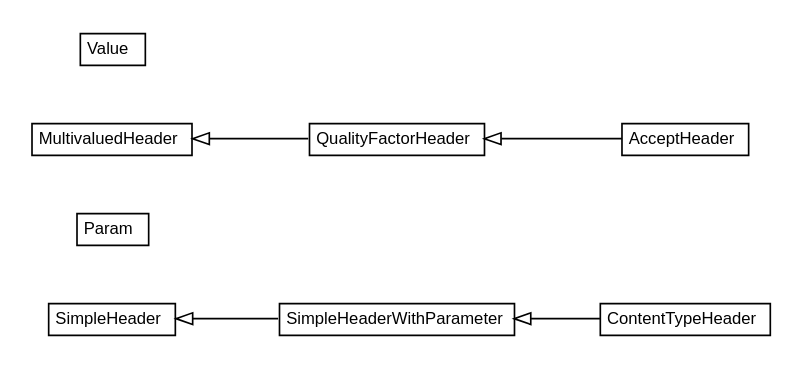
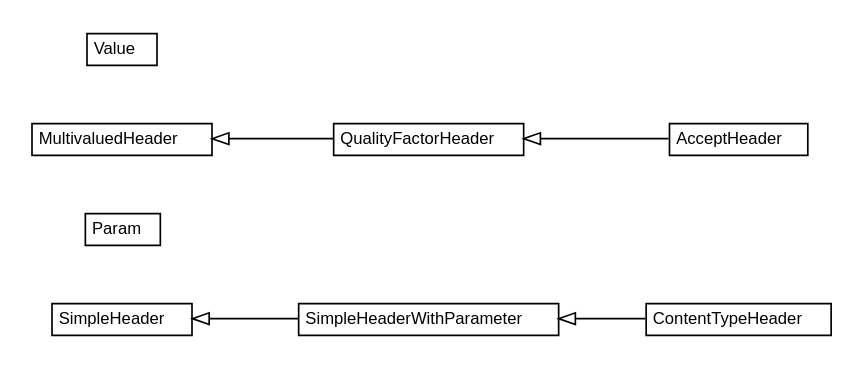
The diagram in javadoc/apidocs/org/turbogwt/net/http/client/header/org.turbogwt.net.http.client.header.dot (growbit/turbogwt-http), drawn with Graphviz before and after one commit. The commit also changed 463 other files, not shown here.

```diff
--- a/javadoc/apidocs/org/turbogwt/net/http/client/header/org.turbogwt.net.http.client.header.dot
+++ b/javadoc/apidocs/org/turbogwt/net/http/client/header/org.turbogwt.net.http.client.header.dot
@@ -1,69 +1,69 @@
 #!/usr/local/bin/dot
 #
 # Class diagram 
 # Generated by UMLGraph version R5_6-24-gf6e263 (http://www.umlgraph.org/)
 #
 
 digraph G {
-	edge [fontname="arial",fontsize=10,labelfontname="arial",labelfontsize=10];
-	node [fontname="arial",fontsize=10,shape=plaintext];
+	edge [fontname="Helvetica",fontsize=10,labelfontname="Helvetica",labelfontsize=10];
+	node [fontname="Helvetica",fontsize=10,shape=plaintext];
 	nodesep=0.25;
 	ranksep=0.5;
 	rankdir=LR;
 	// org.turbogwt.net.http.client.header.SimpleHeaderWithParameter
-	c239 [label=<<table title="org.turbogwt.net.http.client.header.SimpleHeaderWithParameter" border="0" cellborder="1" cellspacing="0" cellpadding="2" port="p" href="./SimpleHeaderWithParameter.html">
+	c166 [label=<<table title="org.turbogwt.net.http.client.header.SimpleHeaderWithParameter" border="0" cellborder="1" cellspacing="0" cellpadding="2" port="p" href="./SimpleHeaderWithParameter.html">
 		<tr><td><table border="0" cellspacing="0" cellpadding="1">
 <tr><td align="center" balign="center"> SimpleHeaderWithParameter </td></tr>
 		</table></td></tr>
-		</table>>, URL="./SimpleHeaderWithParameter.html", fontname="arial", fontcolor="black", fontsize=10.0];
+		</table>>, URL="./SimpleHeaderWithParameter.html", fontname="Helvetica", fontcolor="black", fontsize=10.0];
 	// org.turbogwt.net.http.client.header.SimpleHeaderWithParameter.Param
-	c240 [label=<<table title="org.turbogwt.net.http.client.header.SimpleHeaderWithParameter.Param" border="0" cellborder="1" cellspacing="0" cellpadding="2" port="p" href="./SimpleHeaderWithParameter.Param.html">
+	c167 [label=<<table title="org.turbogwt.net.http.client.header.SimpleHeaderWithParameter.Param" border="0" cellborder="1" cellspacing="0" cellpadding="2" port="p" href="./SimpleHeaderWithParameter.Param.html">
 		<tr><td><table border="0" cellspacing="0" cellpadding="1">
 <tr><td align="center" balign="center"> Param </td></tr>
 		</table></td></tr>
-		</table>>, URL="./SimpleHeaderWithParameter.Param.html", fontname="arial", fontcolor="black", fontsize=10.0];
+		</table>>, URL="./SimpleHeaderWithParameter.Param.html", fontname="Helvetica", fontcolor="black", fontsize=10.0];
 	// org.turbogwt.net.http.client.header.SimpleHeader
-	c241 [label=<<table title="org.turbogwt.net.http.client.header.SimpleHeader" border="0" cellborder="1" cellspacing="0" cellpadding="2" port="p" href="./SimpleHeader.html">
+	c168 [label=<<table title="org.turbogwt.net.http.client.header.SimpleHeader" border="0" cellborder="1" cellspacing="0" cellpadding="2" port="p" href="./SimpleHeader.html">
 		<tr><td><table border="0" cellspacing="0" cellpadding="1">
 <tr><td align="center" balign="center"> SimpleHeader </td></tr>
 		</table></td></tr>
-		</table>>, URL="./SimpleHeader.html", fontname="arial", fontcolor="black", fontsize=10.0];
+		</table>>, URL="./SimpleHeader.html", fontname="Helvetica", fontcolor="black", fontsize=10.0];
+	// org.turbogwt.net.http.client.header.MultivaluedHeader
+	c169 [label=<<table title="org.turbogwt.net.http.client.header.MultivaluedHeader" border="0" cellborder="1" cellspacing="0" cellpadding="2" port="p" href="./MultivaluedHeader.html">
+		<tr><td><table border="0" cellspacing="0" cellpadding="1">
+<tr><td align="center" balign="center"> MultivaluedHeader </td></tr>
+		</table></td></tr>
+		</table>>, URL="./MultivaluedHeader.html", fontname="Helvetica", fontcolor="black", fontsize=10.0];
+	// org.turbogwt.net.http.client.header.AcceptHeader
+	c170 [label=<<table title="org.turbogwt.net.http.client.header.AcceptHeader" border="0" cellborder="1" cellspacing="0" cellpadding="2" port="p" href="./AcceptHeader.html">
+		<tr><td><table border="0" cellspacing="0" cellpadding="1">
+<tr><td align="center" balign="center"> AcceptHeader </td></tr>
+		</table></td></tr>
+		</table>>, URL="./AcceptHeader.html", fontname="Helvetica", fontcolor="black", fontsize=10.0];
+	// org.turbogwt.net.http.client.header.ContentTypeHeader
+	c171 [label=<<table title="org.turbogwt.net.http.client.header.ContentTypeHeader" border="0" cellborder="1" cellspacing="0" cellpadding="2" port="p" href="./ContentTypeHeader.html">
+		<tr><td><table border="0" cellspacing="0" cellpadding="1">
+<tr><td align="center" balign="center"> ContentTypeHeader </td></tr>
+		</table></td></tr>
+		</table>>, URL="./ContentTypeHeader.html", fontname="Helvetica", fontcolor="black", fontsize=10.0];
 	// org.turbogwt.net.http.client.header.QualityFactorHeader
-	c242 [label=<<table title="org.turbogwt.net.http.client.header.QualityFactorHeader" border="0" cellborder="1" cellspacing="0" cellpadding="2" port="p" href="./QualityFactorHeader.html">
+	c172 [label=<<table title="org.turbogwt.net.http.client.header.QualityFactorHeader" border="0" cellborder="1" cellspacing="0" cellpadding="2" port="p" href="./QualityFactorHeader.html">
 		<tr><td><table border="0" cellspacing="0" cellpadding="1">
 <tr><td align="center" balign="center"> QualityFactorHeader </td></tr>
 		</table></td></tr>
-		</table>>, URL="./QualityFactorHeader.html", fontname="arial", fontcolor="black", fontsize=10.0];
+		</table>>, URL="./QualityFactorHeader.html", fontname="Helvetica", fontcolor="black", fontsize=10.0];
 	// org.turbogwt.net.http.client.header.QualityFactorHeader.Value
-	c243 [label=<<table title="org.turbogwt.net.http.client.header.QualityFactorHeader.Value" border="0" cellborder="1" cellspacing="0" cellpadding="2" port="p" href="./QualityFactorHeader.Value.html">
+	c173 [label=<<table title="org.turbogwt.net.http.client.header.QualityFactorHeader.Value" border="0" cellborder="1" cellspacing="0" cellpadding="2" port="p" href="./QualityFactorHeader.Value.html">
 		<tr><td><table border="0" cellspacing="0" cellpadding="1">
 <tr><td align="center" balign="center"> Value </td></tr>
 		</table></td></tr>
-		</table>>, URL="./QualityFactorHeader.Value.html", fontname="arial", fontcolor="black", fontsize=10.0];
-	// org.turbogwt.net.http.client.header.MultivaluedHeader
-	c244 [label=<<table title="org.turbogwt.net.http.client.header.MultivaluedHeader" border="0" cellborder="1" cellspacing="0" cellpadding="2" port="p" href="./MultivaluedHeader.html">
-		<tr><td><table border="0" cellspacing="0" cellpadding="1">
-<tr><td align="center" balign="center"> MultivaluedHeader </td></tr>
-		</table></td></tr>
-		</table>>, URL="./MultivaluedHeader.html", fontname="arial", fontcolor="black", fontsize=10.0];
-	// org.turbogwt.net.http.client.header.ContentTypeHeader
-	c245 [label=<<table title="org.turbogwt.net.http.client.header.ContentTypeHeader" border="0" cellborder="1" cellspacing="0" cellpadding="2" port="p" href="./ContentTypeHeader.html">
-		<tr><td><table border="0" cellspacing="0" cellpadding="1">
-<tr><td align="center" balign="center"> ContentTypeHeader </td></tr>
-		</table></td></tr>
-		</table>>, URL="./ContentTypeHeader.html", fontname="arial", fontcolor="black", fontsize=10.0];
-	// org.turbogwt.net.http.client.header.AcceptHeader
-	c246 [label=<<table title="org.turbogwt.net.http.client.header.AcceptHeader" border="0" cellborder="1" cellspacing="0" cellpadding="2" port="p" href="./AcceptHeader.html">
-		<tr><td><table border="0" cellspacing="0" cellpadding="1">
-<tr><td align="center" balign="center"> AcceptHeader </td></tr>
-		</table></td></tr>
-		</table>>, URL="./AcceptHeader.html", fontname="arial", fontcolor="black", fontsize=10.0];
+		</table>>, URL="./QualityFactorHeader.Value.html", fontname="Helvetica", fontcolor="black", fontsize=10.0];
 	//org.turbogwt.net.http.client.header.SimpleHeaderWithParameter extends org.turbogwt.net.http.client.header.SimpleHeader
-	c241:p -> c239:p [dir=back,arrowtail=empty];
+	c168:p -> c166:p [dir=back,arrowtail=empty];
+	//org.turbogwt.net.http.client.header.AcceptHeader extends org.turbogwt.net.http.client.header.QualityFactorHeader
+	c172:p -> c170:p [dir=back,arrowtail=empty];
+	//org.turbogwt.net.http.client.header.ContentTypeHeader extends org.turbogwt.net.http.client.header.SimpleHeaderWithParameter
+	c166:p -> c171:p [dir=back,arrowtail=empty];
 	//org.turbogwt.net.http.client.header.QualityFactorHeader extends org.turbogwt.net.http.client.header.MultivaluedHeader
-	c244:p -> c242:p [dir=back,arrowtail=empty];
-	//org.turbogwt.net.http.client.header.ContentTypeHeader extends org.turbogwt.net.http.client.header.SimpleHeaderWithParameter
-	c239:p -> c245:p [dir=back,arrowtail=empty];
-	//org.turbogwt.net.http.client.header.AcceptHeader extends org.turbogwt.net.http.client.header.QualityFactorHeader
-	c242:p -> c246:p [dir=back,arrowtail=empty];
+	c169:p -> c172:p [dir=back,arrowtail=empty];
 }
```
